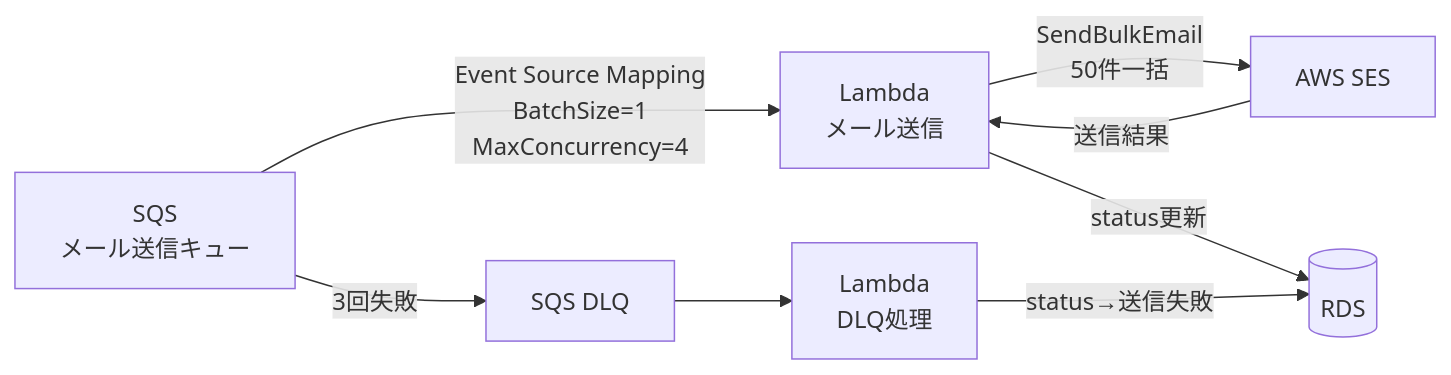
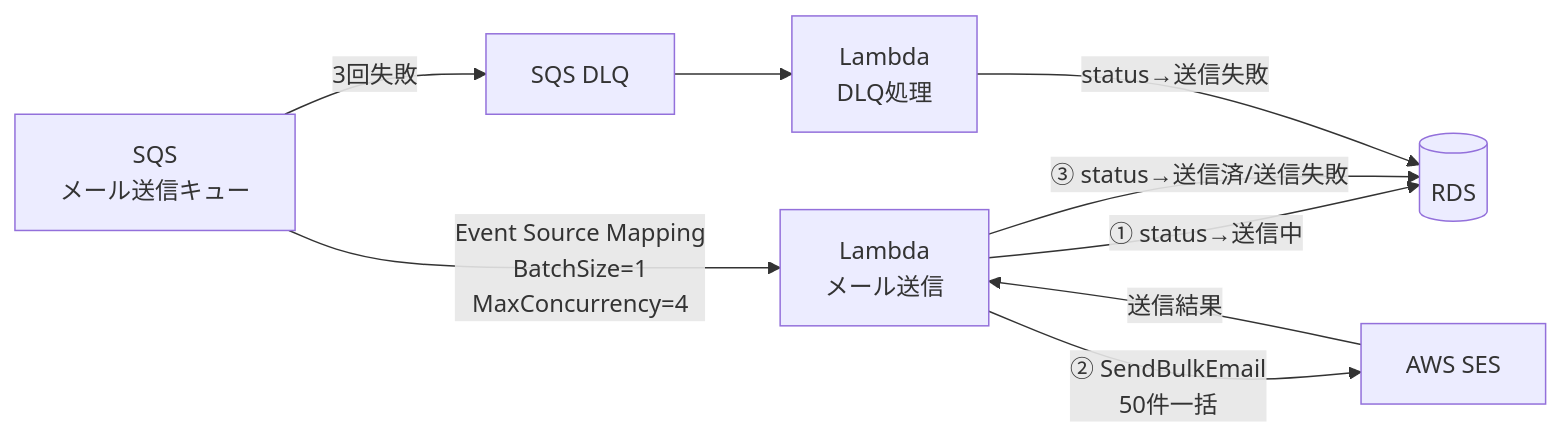
The third of 3 diagrams in docs/03-sending-flow.md (muratariku0903/mass-emailing), drawn with Mermaid before and after one commit. The commit also changed other lines of this file and 3 other files, not shown here.

````diff
--- a/docs/03-sending-flow.md
+++ b/docs/03-sending-flow.md
@@ -121,11 +122,12 @@
 ```mermaid
 flowchart LR
     SQS[SQS<br/>メール送信キュー] -->|Event Source Mapping<br/>BatchSize=1<br/>MaxConcurrency=4| Lambda[Lambda<br/>メール送信]
-    Lambda -->|SendBulkEmail<br/>50件一括| SES[AWS SES]
+    Lambda -->|"① status→送信中"| RDS[(RDS)]
+    Lambda -->|"② SendBulkEmail<br/>50件一括"| SES[AWS SES]
     SES -->|送信結果| Lambda
-    Lambda -->|status更新| RDS[(RDS)]
+    Lambda -->|"③ status→送信済/送信失敗"| RDS
 
     SQS -->|3回失敗| DLQ[SQS DLQ]
     DLQ --> DLQLambda[Lambda<br/>DLQ処理]
     DLQLambda -->|status→送信失敗| RDS
 ```
````
